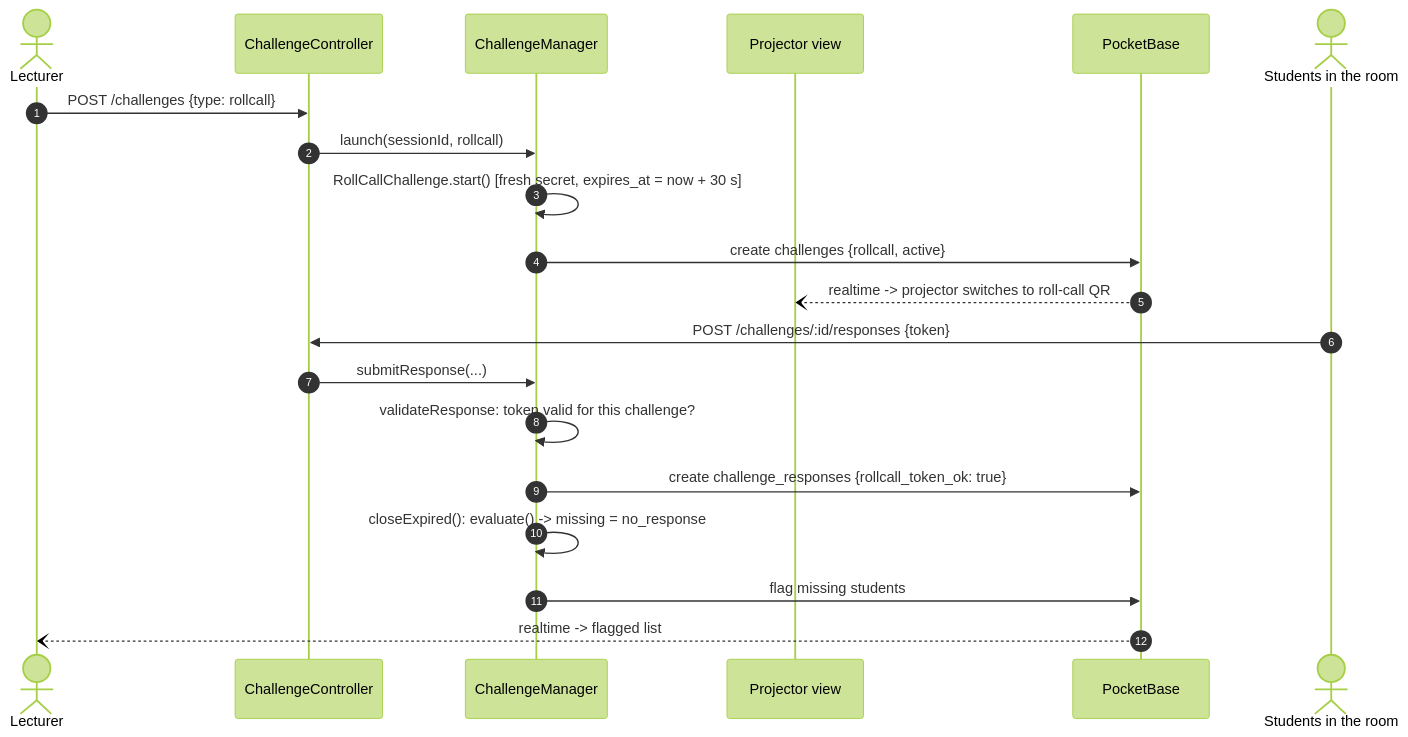
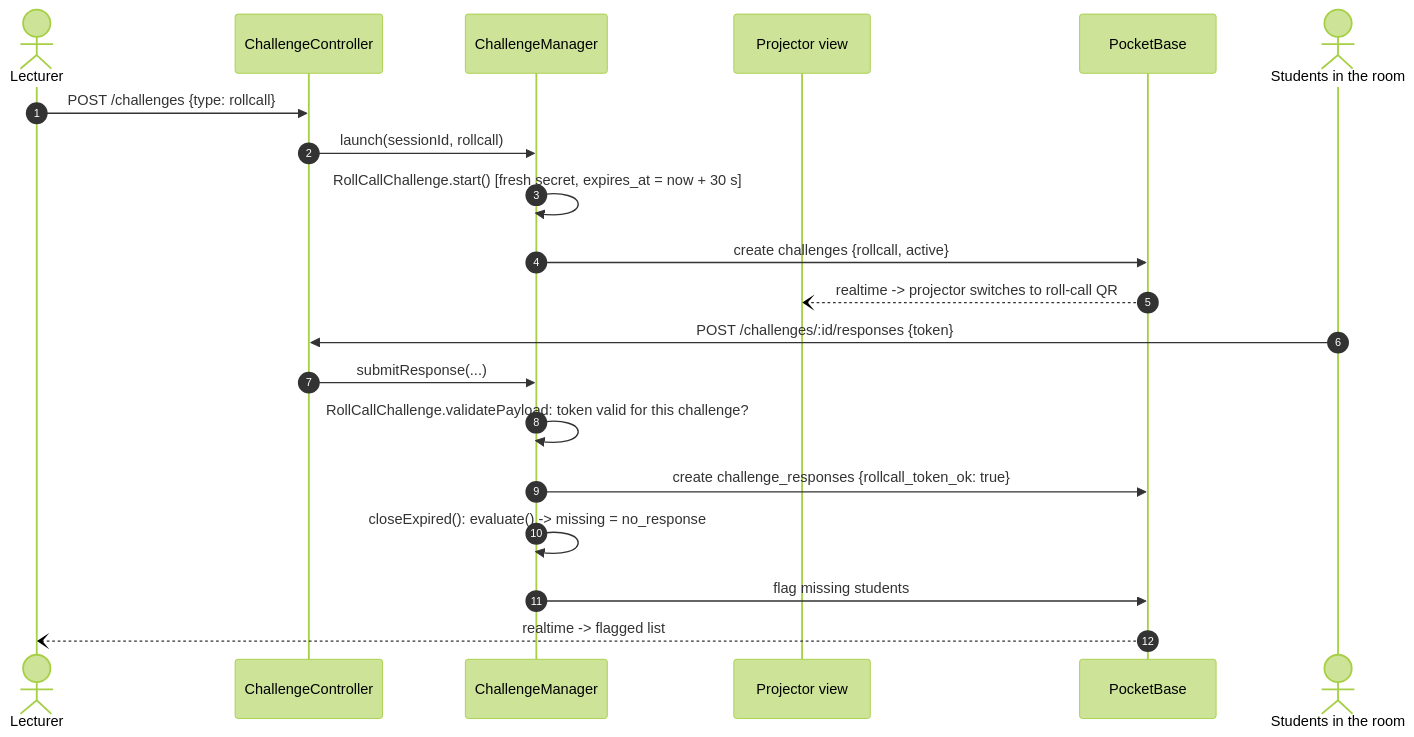
One commit to GiladApel/classpulse changed the third of 6 diagrams in docs/07-sequence-diagrams.md. Above: the diagram before and after it, drawn with Mermaid (forest theme). The commit also changed other lines of this file and 50 other files, not shown here.

First line of the commit message:
M4: AI headcount, roll-call and blurred-photo challenges

````diff
--- a/docs/07-sequence-diagrams.md
+++ b/docs/07-sequence-diagrams.md
@@ -116,23 +116,23 @@
 ```mermaid
 sequenceDiagram
   autonumber
   actor L as Lecturer
   participant API as ChallengeController
   participant CM as ChallengeManager
   participant P as Projector view
   participant PB as PocketBase
   actor S as Students in the room
 
   L->>API: POST /challenges {type: rollcall}
   API->>CM: launch(sessionId, rollcall)
   CM->>CM: RollCallChallenge.start() [fresh secret, expires_at = now + 30 s]
   CM->>PB: create challenges {rollcall, active}
   PB--)P: realtime -> projector switches to roll-call QR
   S->>API: POST /challenges/:id/responses {token}
   API->>CM: submitResponse(...)
-  CM->>CM: validateResponse: token valid for this challenge?
+  CM->>CM: RollCallChallenge.validatePayload: token valid for this challenge?
   CM->>PB: create challenge_responses {rollcall_token_ok: true}
   CM->>CM: closeExpired(): evaluate() -> missing = no_response
   CM->>PB: flag missing students
   PB--)L: realtime -> flagged list
 ```
````
